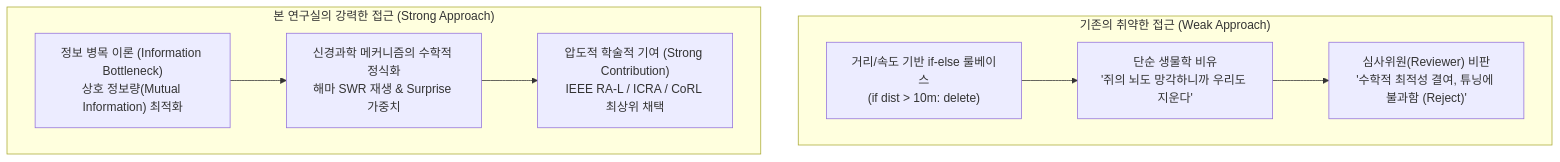
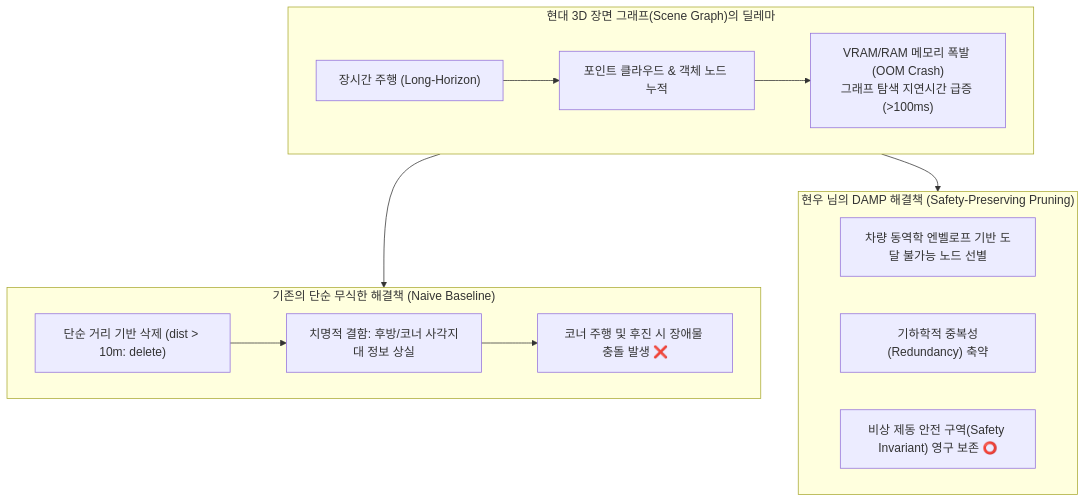
Before and after one commit to CGV-HGU/isaac-go2-ros2: the first of 3 diagrams in docs/COGNITIVE_BIO_AI_AS2_MASTER_PLAN.md, drawn with Mermaid. The commit also changed other lines of this file, not shown here.

Commit message:
docs: refocus master plan on Hyunwoo's DAMP safety-preserving pruning

````diff
--- a/docs/COGNITIVE_BIO_AI_AS2_MASTER_PLAN.md
+++ b/docs/COGNITIVE_BIO_AI_AS2_MASTER_PLAN.md
@@ -36,12 +35,21 @@
 ```mermaid
 flowchart TD
-    subgraph Weak_Approach ["기존의 취약한 접근 (Weak Approach)"]
-        W1["거리/속도 기반 if-else 룰베이스\n(if dist > 10m: delete)"] --> W2["단순 생물학 비유\n'쥐의 뇌도 망각하니까 우리도 지운다'"]
-        W2 --> W3["심사위원(Reviewer) 비판\n'수학적 최적성 결여, 튜닝에 불과함 (Reject)'"]
+    subgraph Problem ["현대 3D 장면 그래프(Scene Graph)의 딜레마"]
+        P1["장시간 주행 (Long-Horizon)"] --> P2["포인트 클라우드 & 객체 노드 누적"]
+        P2 --> P3["VRAM/RAM 메모리 폭발 (OOM Crash)\n그래프 탐색 지연시간 급증 (>100ms)"]
     end
 
-    subgraph Strong_Approach ["본 연구실의 강력한 접근 (Strong Approach)"]
-        S1["정보 병목 이론 (Information Bottleneck)\n상호 정보량(Mutual Information) 최적화"] --> S2["신경과학 메커니즘의 수학적 정식화\n해마 SWR 재생 & Surprise 가중치"]
-        S2 --> S3["압도적 학술적 기여 (Strong Contribution)\nIEEE RA-L / ICRA / CoRL 최상위 채택"]
+    subgraph Naive_Solution ["기존의 단순 무식한 해결책 (Naive Baseline)"]
+        N1["단순 거리 기반 삭제 (dist > 10m: delete)"] --> N2["치명적 결함: 후방/코너 사각지대 정보 상실"]
+        N2 --> N3["코너 주행 및 후진 시 장애물 충돌 발생 ❌"]
     end
+
+    subgraph Proposed_DAMP ["현우 님의 DAMP 해결책 (Safety-Preserving Pruning)"]
+        D1["차량 동역학 엔벨로프 기반 도달 불가능 노드 선별"]
+        D2["기하학적 중복성(Redundancy) 축약"]
+        D3["비상 제동 안전 구역(Safety Invariant) 영구 보존 ⭕"]
+    end
+
+    Problem --> Naive_Solution
+    Problem --> Proposed_DAMP
 ```
````
